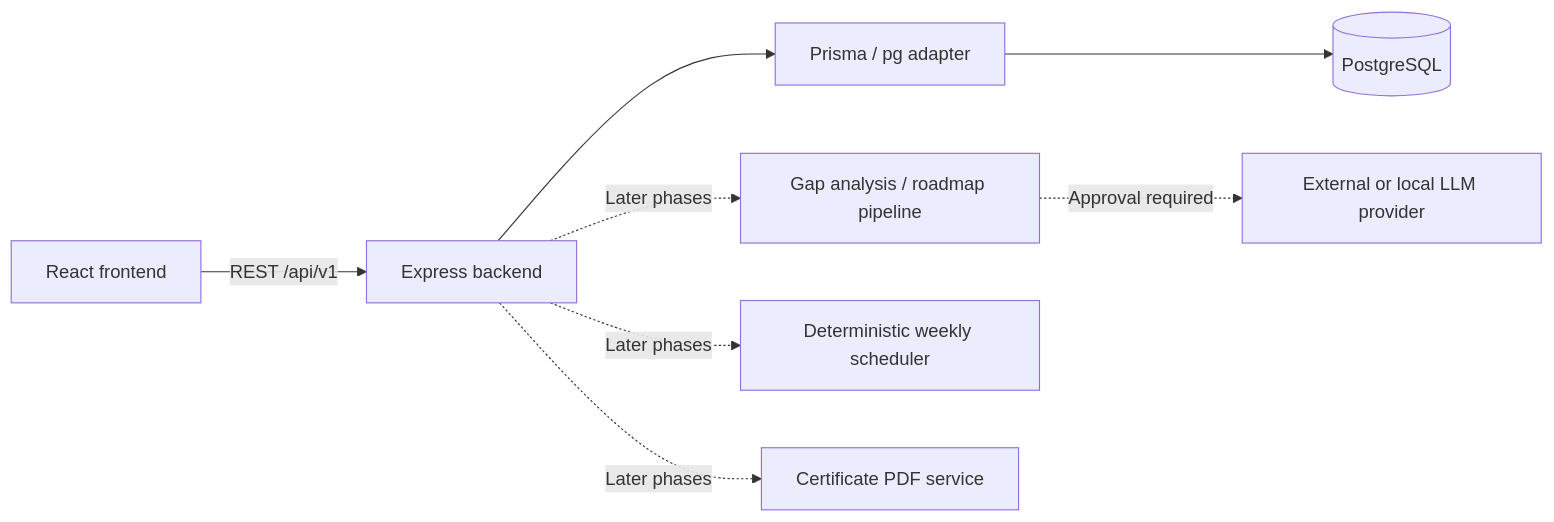
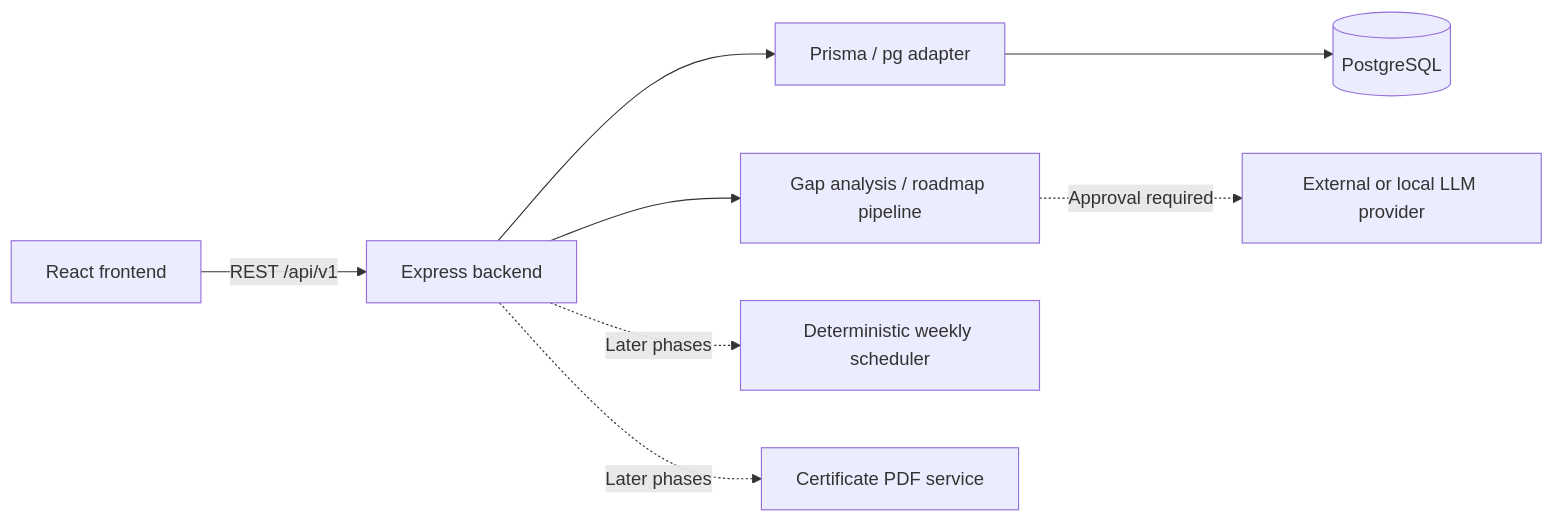
One commit to neethu18reddy/LinkUp changed the diagram in README.md. Above: the diagram before and after it, drawn with Mermaid. The commit also changed other lines of this file and 27 other files, not shown here.

Commit message:
feat(roadmap): add gap analysis and validated roadmap generation

````diff
--- a/README.md
+++ b/README.md
@@ -48,10 +53,10 @@
 ```mermaid
 flowchart LR
   Browser[React frontend] -->|REST /api/v1| API[Express backend]
   API --> Prisma[Prisma / pg adapter]
   Prisma --> DB[(PostgreSQL)]
-  API -. Later phases .-> Roadmap[Gap analysis / roadmap pipeline]
+  API --> Roadmap[Gap analysis / roadmap pipeline]
   API -. Later phases .-> Scheduler[Deterministic weekly scheduler]
   API -. Later phases .-> PDF[Certificate PDF service]
   Roadmap -. Approval required .-> LLM[External or local LLM provider]
 ```
````
